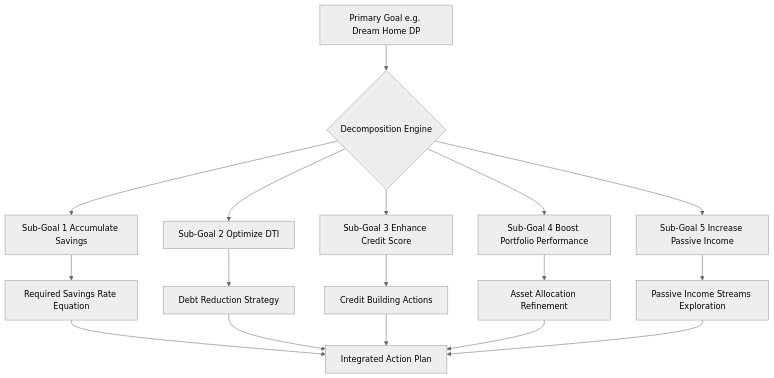
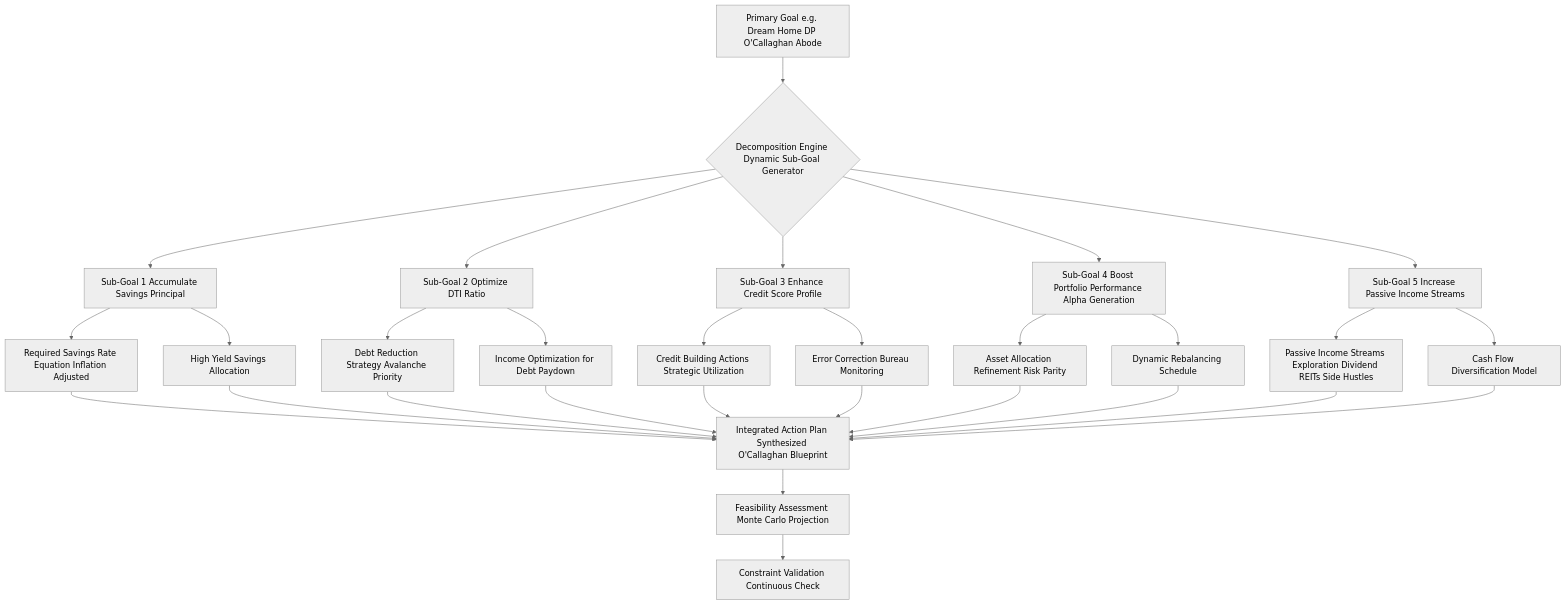
One commit to diplomat-bit/Citibank_Demo_Business_Inc_Demonstration- changed the second of 12 diagrams in inventions/004_ai_financial_plan_for_goals/generative_ai_prompt_template.md. Above: the diagram before and after it, drawn with Mermaid (neutral theme). The commit also changed other lines of this file, not shown here.

````diff
--- a/inventions/004_ai_financial_plan_for_goals/generative_ai_prompt_template.md
+++ b/inventions/004_ai_financial_plan_for_goals/generative_ai_prompt_template.md
@@ -70,15 +140,22 @@
 ```mermaid
 graph TD
-    A[Primary Goal e.g. Dream Home DP] --> B{Decomposition Engine}
-    B --> C1[Sub-Goal 1 Accumulate Savings]
-    B --> C2[Sub-Goal 2 Optimize DTI]
-    B --> C3[Sub-Goal 3 Enhance Credit Score]
-    B --> C4[Sub-Goal 4 Boost Portfolio Performance]
-    B --> C5[Sub-Goal 5 Increase Passive Income]
-    C1 --> D1[Required Savings Rate Equation]
-    C2 --> D2[Debt Reduction Strategy]
-    C3 --> D3[Credit Building Actions]
-    C4 --> D4[Asset Allocation Refinement]
-    C5 --> D5[Passive Income Streams Exploration]
-    D1 & D2 & D3 & D4 & D5 --> E[Integrated Action Plan]
+    A[Primary Goal e.g. Dream Home DP O'Callaghan Abode] --> B{Decomposition Engine Dynamic Sub-Goal Generator}
+    B --> C1[Sub-Goal 1 Accumulate Savings Principal]
+    B --> C2[Sub-Goal 2 Optimize DTI Ratio]
+    B --> C3[Sub-Goal 3 Enhance Credit Score Profile]
+    B --> C4[Sub-Goal 4 Boost Portfolio Performance Alpha Generation]
+    B --> C5[Sub-Goal 5 Increase Passive Income Streams]
+    C1 --> D1[Required Savings Rate Equation Inflation Adjusted]
+    C1 --> D1.1[High Yield Savings Allocation]
+    C2 --> D2[Debt Reduction Strategy Avalanche Priority]
+    C2 --> D2.1[Income Optimization for Debt Paydown]
+    C3 --> D3[Credit Building Actions Strategic Utilization]
+    C3 --> D3.1[Error Correction Bureau Monitoring]
+    C4 --> D4[Asset Allocation Refinement Risk Parity]
+    C4 --> D4.1[Dynamic Rebalancing Schedule]
+    C5 --> D5[Passive Income Streams Exploration Dividend REITs Side Hustles]
+    C5 --> D5.1[Cash Flow Diversification Model]
+    D1 & D2 & D3 & D4 & D5 & D1.1 & D2.1 & D3.1 & D4.1 & D5.1 --> E[Integrated Action Plan Synthesized O'Callaghan Blueprint]
+    E --> F[Feasibility Assessment Monte Carlo Projection]
+    F --> G[Constraint Validation Continuous Check]
 ```
````
